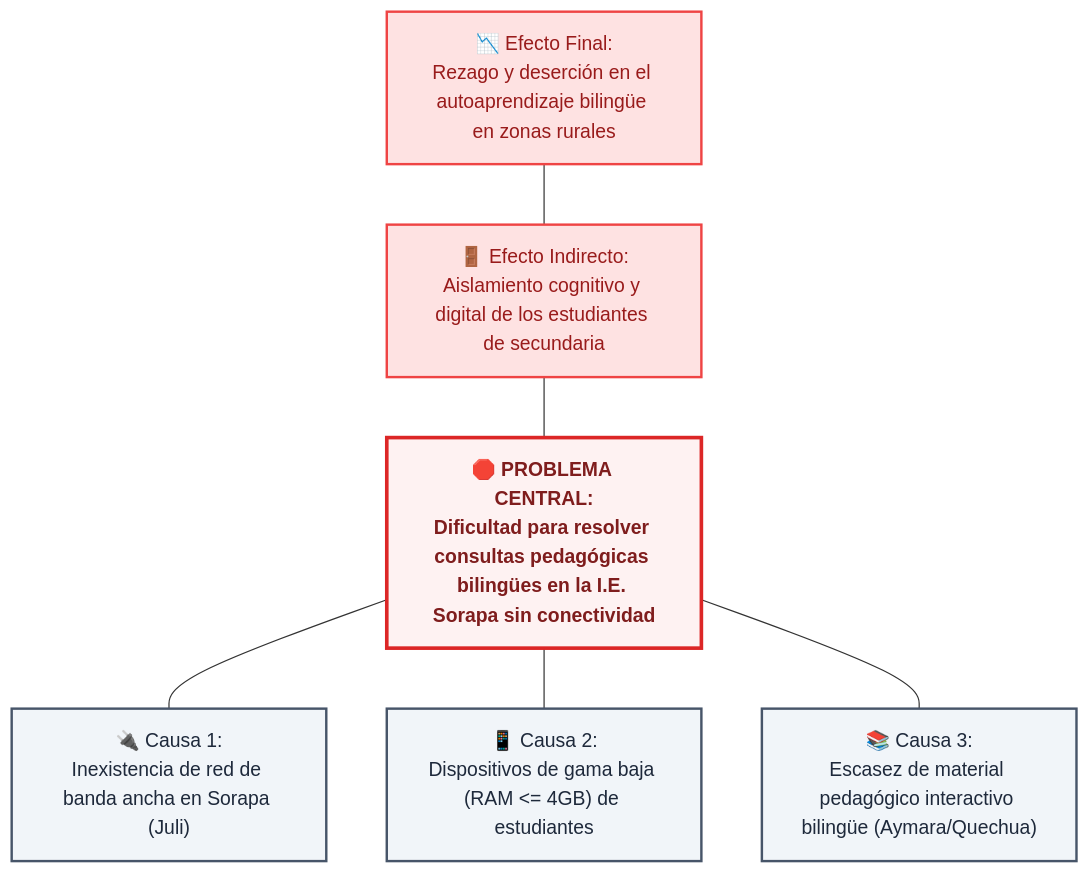
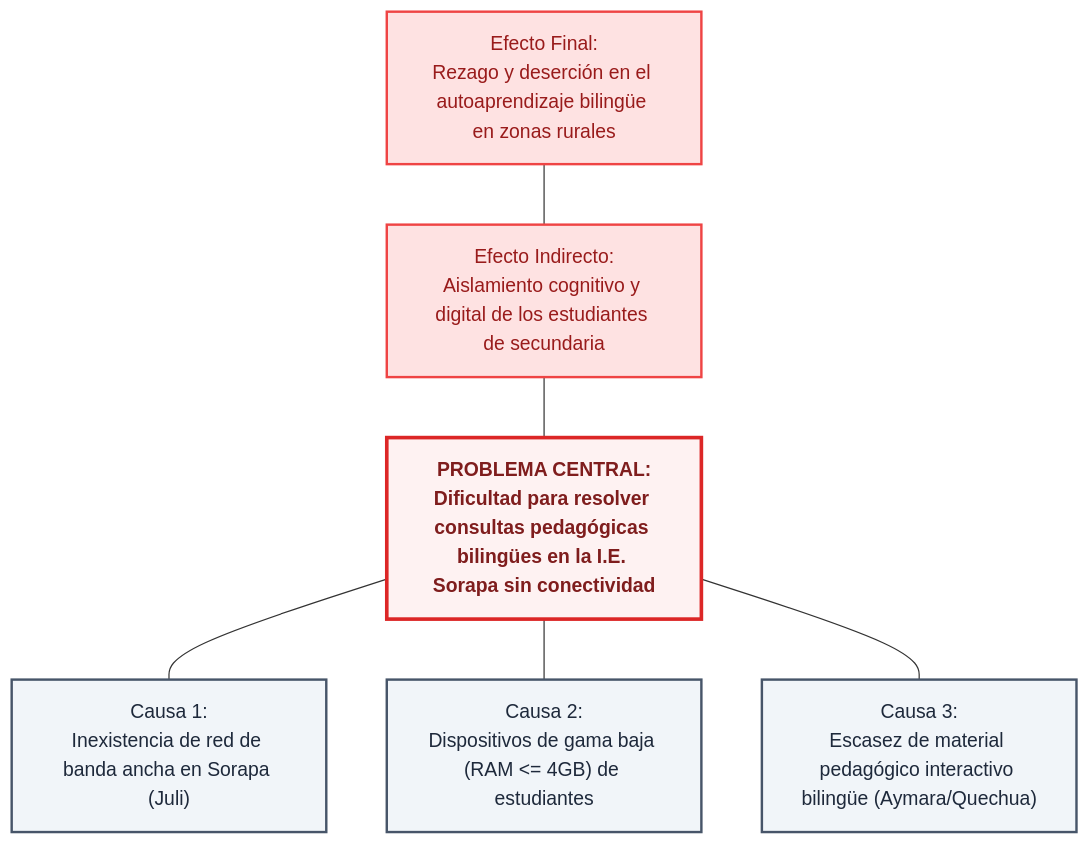
The first of 4 diagrams in docs/ChristianRafaelMamaniCallata/entregable1.md (jhanslarico11/Perfil-de-Egreso), drawn with Mermaid before and after one commit. The commit also changed other lines of this file and 4 other files, not shown here.

Commit message:
Remocion de emojis de los diagramas Mermaid para una apariencia academica limpia

````diff
--- a/docs/ChristianRafaelMamaniCallata/entregable1.md
+++ b/docs/ChristianRafaelMamaniCallata/entregable1.md
@@ -185,24 +185,24 @@
 ```mermaid
 graph TD
     %% Estilos de Nodos
     classDef effect fill:#fee2e2,stroke:#ef4444,stroke-width:2px,color:#991b1b;
     classDef problem fill:#fef2f2,stroke:#dc2626,stroke-width:3px,color:#7f1d1d,font-weight:bold;
     classDef cause fill:#f1f5f9,stroke:#475569,stroke-width:2px,color:#1e293b;
 
     %% Nodos
-    E1["📉 Efecto Final:<br>Rezago y deserción en el autoaprendizaje bilingüe en zonas rurales"]:::effect
-    E2["🚪 Efecto Indirecto:<br>Aislamiento cognitivo y digital de los estudiantes de secundaria"]:::effect
+    E1["Efecto Final:<br>Rezago y deserción en el autoaprendizaje bilingüe en zonas rurales"]:::effect
+    E2["Efecto Indirecto:<br>Aislamiento cognitivo y digital de los estudiantes de secundaria"]:::effect
     
-    PC["🛑 PROBLEMA CENTRAL:<br>Dificultad para resolver consultas pedagógicas bilingües en la I.E. Sorapa sin conectividad"]:::problem
+    PC["PROBLEMA CENTRAL:<br>Dificultad para resolver consultas pedagógicas bilingües en la I.E. Sorapa sin conectividad"]:::problem
     
-    C1["🔌 Causa 1:<br>Inexistencia de red de banda ancha en Sorapa (Juli)"]:::cause
-    C2["📱 Causa 2:<br>Dispositivos de gama baja (RAM <= 4GB) de estudiantes"]:::cause
-    C3["📚 Causa 3:<br>Escasez de material pedagógico interactivo bilingüe (Aymara/Quechua)"]:::cause
+    C1["Causa 1:<br>Inexistencia de red de banda ancha en Sorapa (Juli)"]:::cause
+    C2["Causa 2:<br>Dispositivos de gama baja (RAM <= 4GB) de estudiantes"]:::cause
+    C3["Causa 3:<br>Escasez de material pedagógico interactivo bilingüe (Aymara/Quechua)"]:::cause
 
     %% Enlaces
     E1 --- E2
     E2 --- PC
     PC --- C1
     PC --- C2
     PC --- C3
 ```
````
